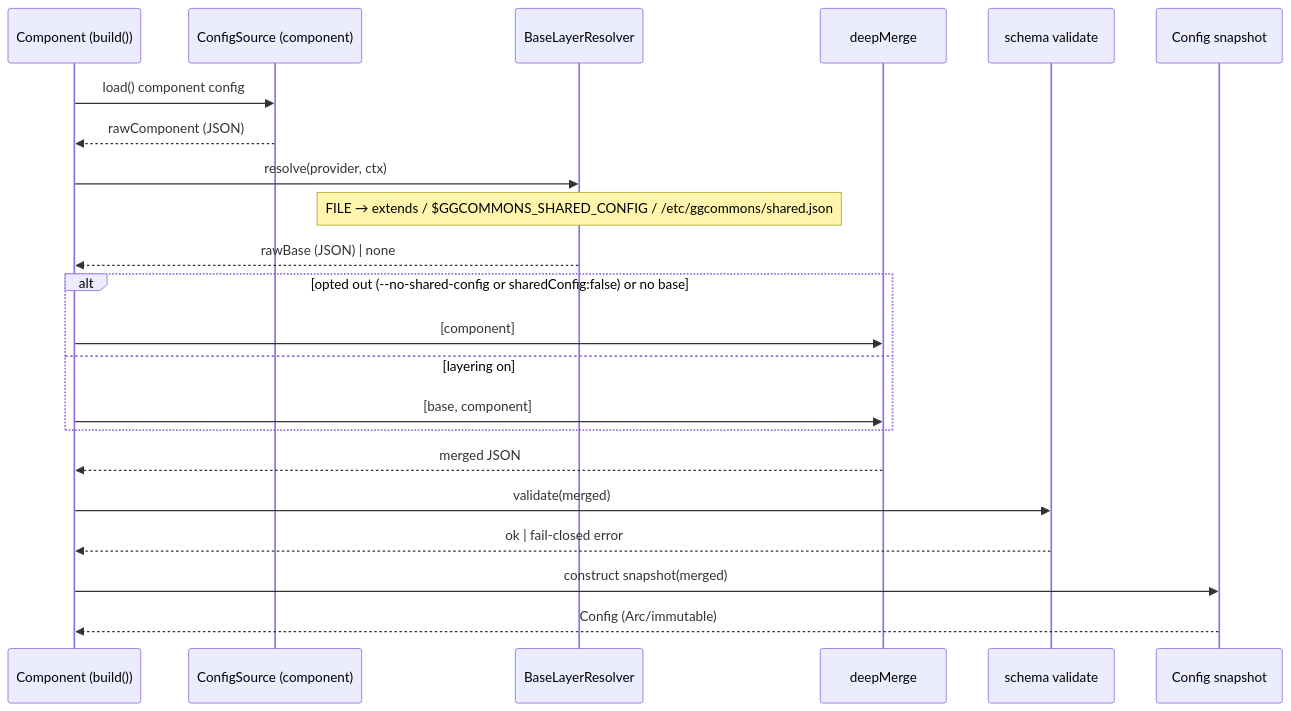
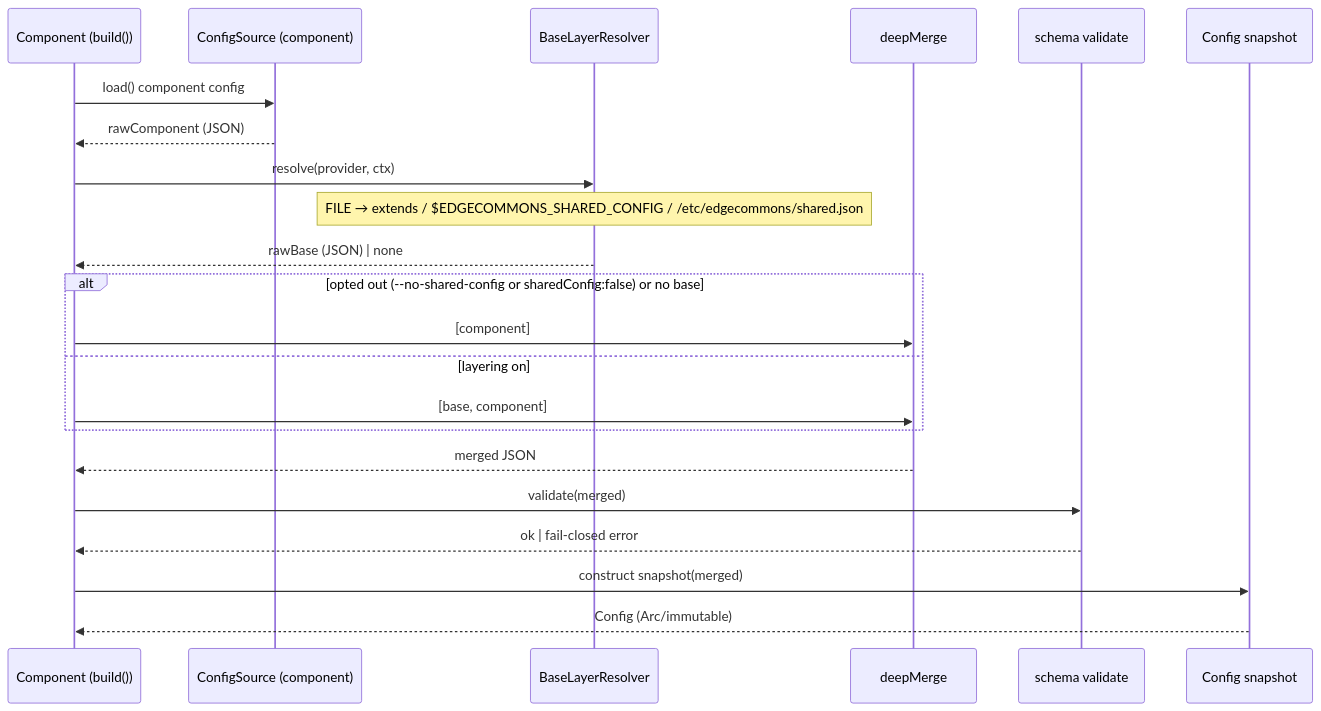
The third of 7 diagrams in docs/SHARED_CONFIG.md (edgecommons/edgecommons), drawn with Mermaid before and after one commit. The commit also changed other lines of this file and 1411 other files, not shown here.

Commit message:
chore: rebrand ggcommons to edgecommons

````diff
--- a/docs/SHARED_CONFIG.md
+++ b/docs/SHARED_CONFIG.md
@@ -223,25 +223,25 @@
 ```mermaid
 sequenceDiagram
     participant App as Component (build())
     participant SRC as ConfigSource (component)
     participant BR as BaseLayerResolver
     participant MRG as deepMerge
     participant VAL as schema validate
     participant SNAP as Config snapshot
 
     App->>SRC: load() component config
     SRC-->>App: rawComponent (JSON)
     App->>BR: resolve(provider, ctx)
-    Note over BR: FILE → extends / $GGCOMMONS_SHARED_CONFIG / /etc/ggcommons/shared.json
+    Note over BR: FILE → extends / $EDGECOMMONS_SHARED_CONFIG / /etc/edgecommons/shared.json
     BR-->>App: rawBase (JSON) | none
     alt opted out (--no-shared-config or sharedConfig:false) or no base
         App->>MRG: [component]
     else layering on
         App->>MRG: [base, component]
     end
     MRG-->>App: merged JSON
     App->>VAL: validate(merged)
     VAL-->>App: ok | fail-closed error
     App->>SNAP: construct snapshot(merged)
     SNAP-->>App: Config (Arc/immutable)
 ```
````
